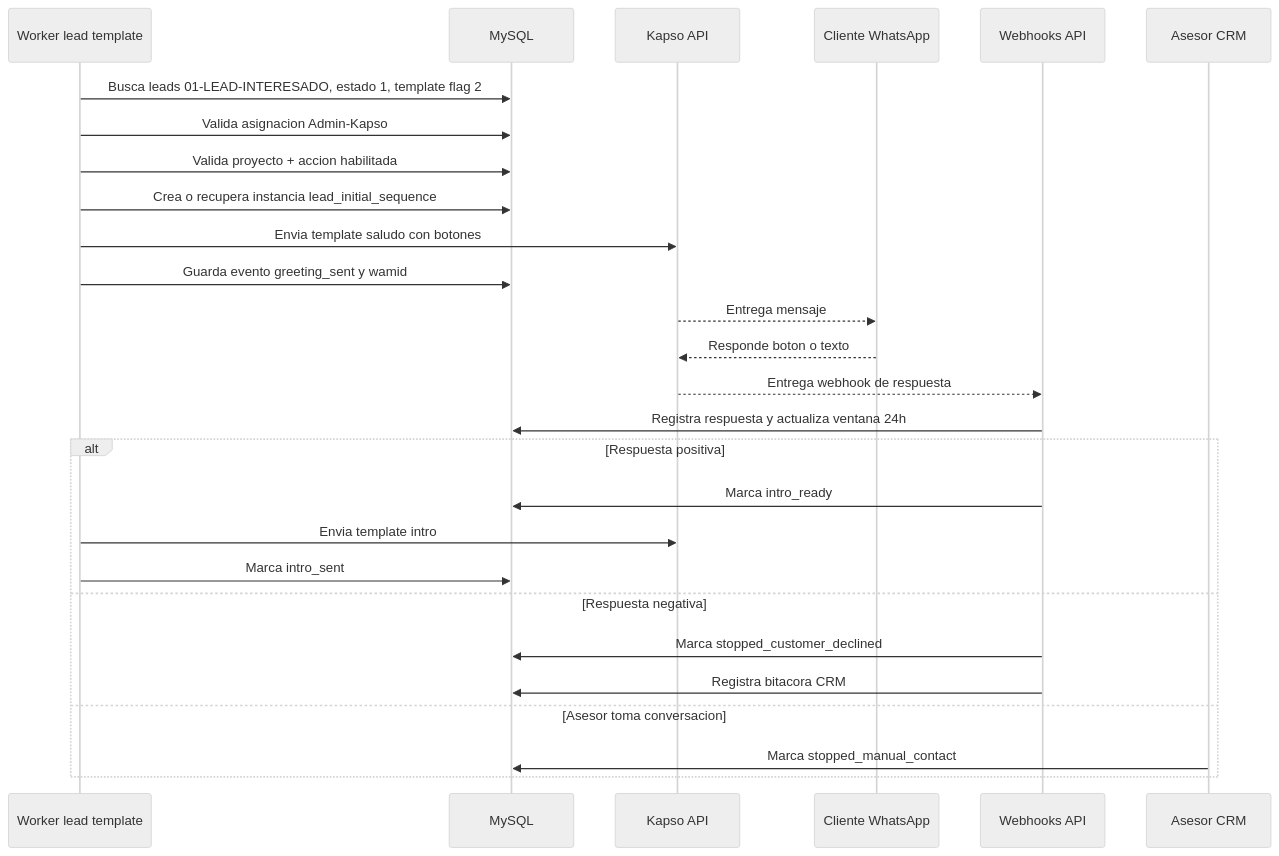
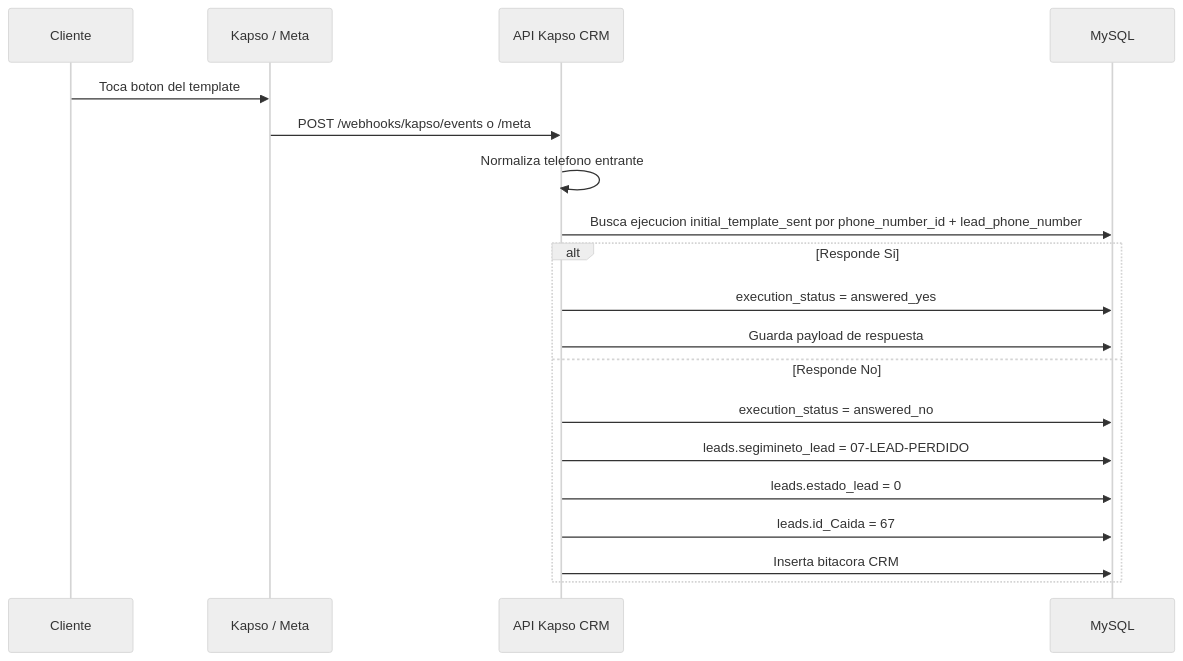
The sixth of 7 diagrams in README.md (roccacr/CRM_VENTAS), drawn with Mermaid (neutral theme) before and after one commit. The commit also changed other lines of this file and 1 other file, not shown here.

Commit message:
docs: update Kapso business flow documentation

````diff
--- a/README.md
+++ b/README.md
@@ -458,30 +292,22 @@
 ```mermaid
 sequenceDiagram
-    participant Worker as Worker lead template
-    participant DB as MySQL
-    participant Kapso as Kapso API
-    participant Cliente as Cliente WhatsApp
-    participant Webhook as Webhooks API
-    participant Asesor as Asesor CRM
+  participant Cliente
+  participant K as Kapso / Meta
+  participant API as API Kapso CRM
+  participant DB as MySQL
 
-    Worker->>DB: Busca leads 01-LEAD-INTERESADO, estado 1, template flag 2
-    Worker->>DB: Valida asignacion Admin-Kapso
-    Worker->>DB: Valida proyecto + accion habilitada
-    Worker->>DB: Crea o recupera instancia lead_initial_sequence
-    Worker->>Kapso: Envia template saludo con botones
-    Worker->>DB: Guarda evento greeting_sent y wamid
-    Kapso-->>Cliente: Entrega mensaje
-    Cliente-->>Kapso: Responde boton o texto
-    Kapso-->>Webhook: Entrega webhook de respuesta
-    Webhook->>DB: Registra respuesta y actualiza ventana 24h
-    alt Respuesta positiva
-        Webhook->>DB: Marca intro_ready
-        Worker->>Kapso: Envia template intro
-        Worker->>DB: Marca intro_sent
-    else Respuesta negativa
-        Webhook->>DB: Marca stopped_customer_declined
-        Webhook->>DB: Registra bitacora CRM
-    else Asesor toma conversacion
-        Asesor->>DB: Marca stopped_manual_contact
-    end
+  Cliente->>K: Toca boton del template
+  K->>API: POST /webhooks/kapso/events o /meta
+  API->>API: Normaliza telefono entrante
+  API->>DB: Busca ejecucion initial_template_sent por phone_number_id + lead_phone_number
+  alt Responde Si
+    API->>DB: execution_status = answered_yes
+    API->>DB: Guarda payload de respuesta
+  else Responde No
+    API->>DB: execution_status = answered_no
+    API->>DB: leads.segimineto_lead = 07-LEAD-PERDIDO
+    API->>DB: leads.estado_lead = 0
+    API->>DB: leads.id_Caida = 67
+    API->>DB: Inserta bitacora CRM
+  end
 ```
````
